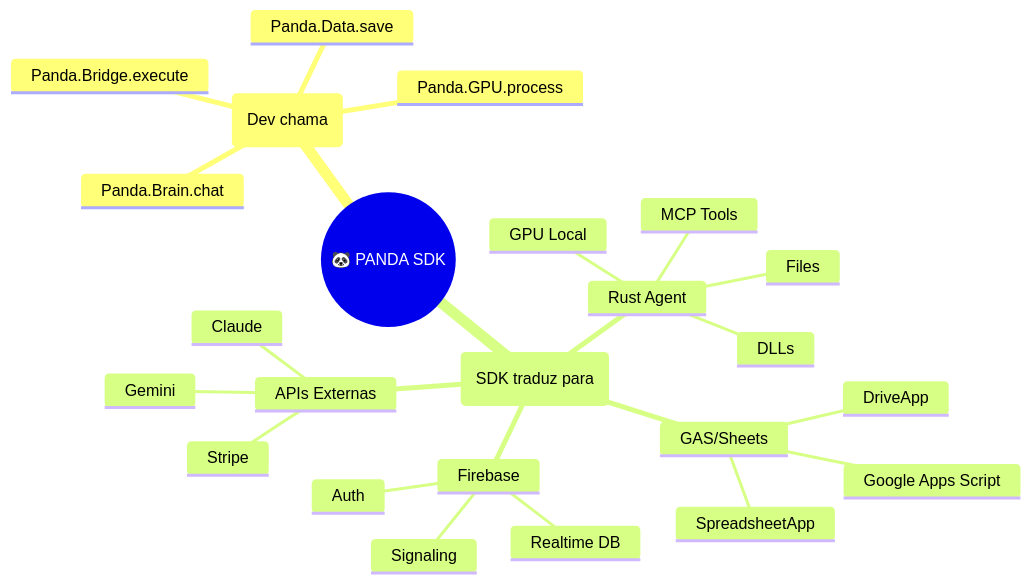
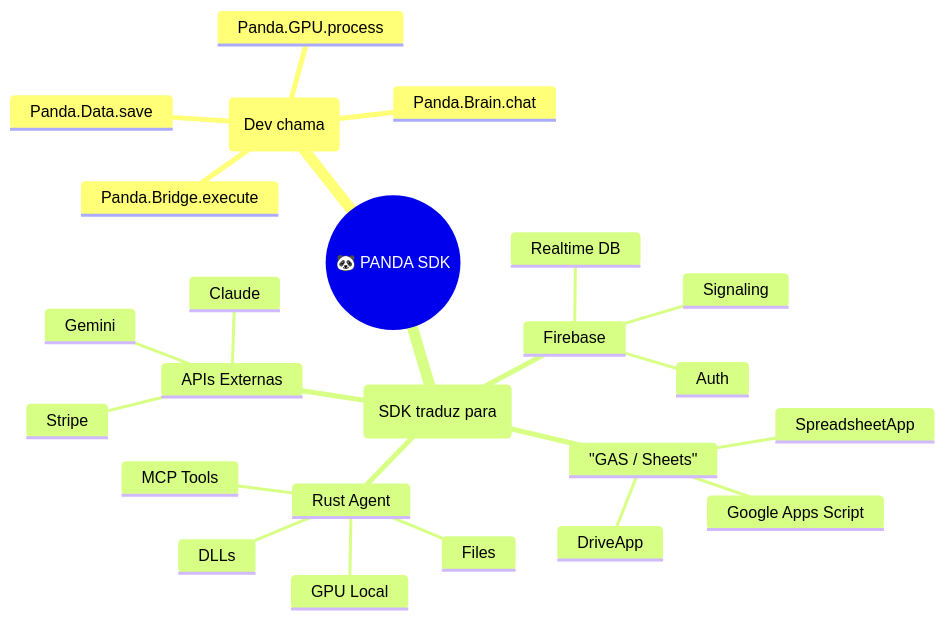
One commit to LucassVal/Panda-Factory changed the first of 9 diagrams in docs/PF_MIND_MAPS.md. Above: the diagram before and after it, drawn with Mermaid. The commit also changed other lines of this file and 604 other files, not shown here.

Commit message:
fix: Mermaid syntax errors in Mind Maps (Section 1 and 6)

````diff
--- a/docs/PF_MIND_MAPS.md
+++ b/docs/PF_MIND_MAPS.md
@@ -11,27 +11,27 @@
 ```mermaid
 mindmap
   root((🐼 PANDA SDK))
     (Dev chama)
       Panda.Data.save
       Panda.Brain.chat
       Panda.Bridge.execute
       Panda.GPU.process
     (SDK traduz para)
-      GAS/Sheets
+      "GAS / Sheets"
         Google Apps Script
         SpreadsheetApp
         DriveApp
       Firebase
         Realtime DB
         Auth
         Signaling
       Rust Agent
         GPU Local
         DLLs
         Files
         MCP Tools
       APIs Externas
         Gemini
         Claude
         Stripe
 ```
````
